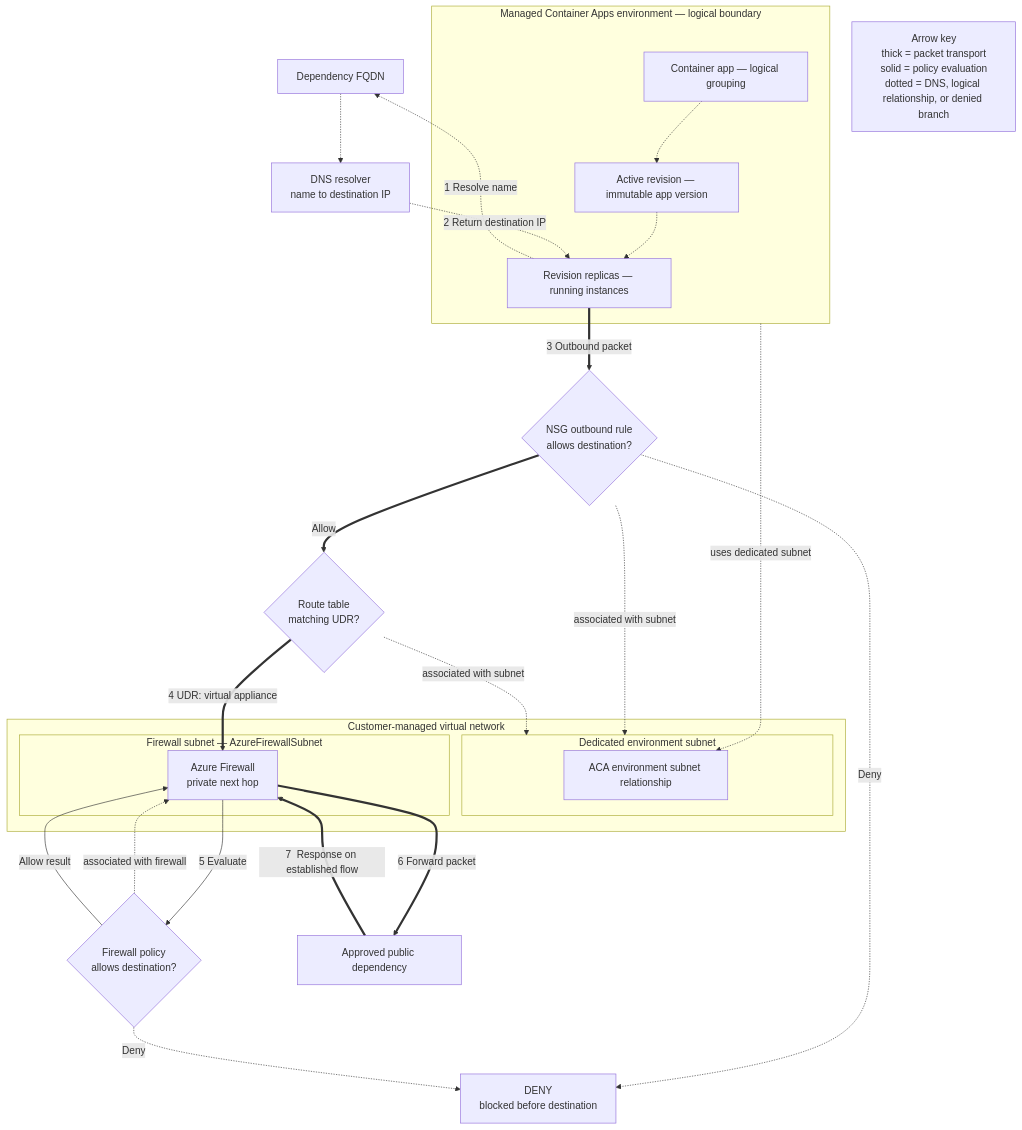
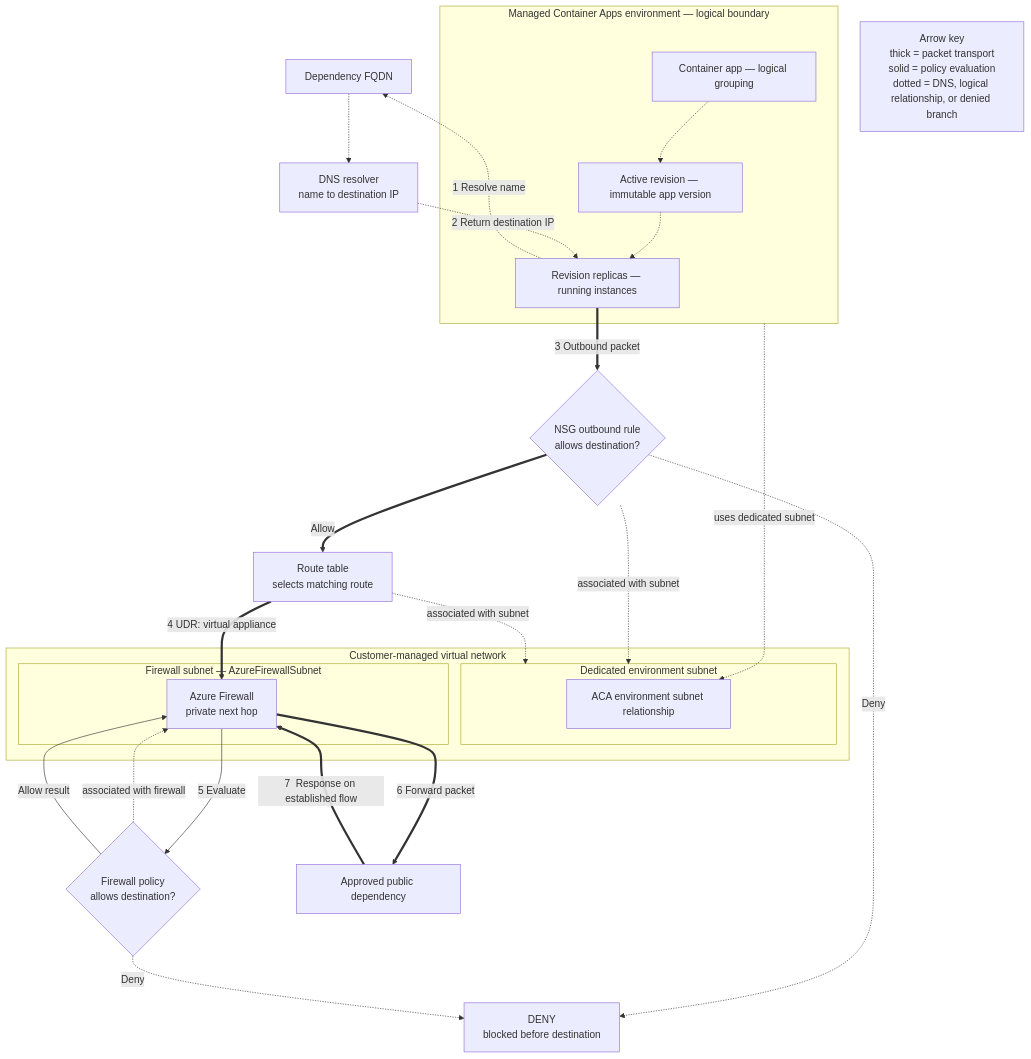
The first of 3 diagrams in docs/platform/networking/egress-control.md (yeongseon/azure-container-apps-practical-guide), drawn with Mermaid before and after one commit. The commit also changed other lines of this file and 7 other files, not shown here.

First line of the commit message:
fix(diagrams): correct request paths and record review of platform and troubleshooting diagrams (#638)

````diff
--- a/docs/platform/networking/egress-control.md
+++ b/docs/platform/networking/egress-control.md
@@ -99,51 +99,51 @@
 ```mermaid
 flowchart TD
     accTitle: Container Apps outbound traffic through Azure Firewall
     accDescr: A logical Container Apps revision and replica use a dedicated environment subnet relationship. DNS resolution is separate from the packet path. The subnet NSG and route table evaluate outbound traffic before a default user-defined route selects Azure Firewall, whose policy allows or denies transport to a public dependency.
 
     DNS_NAME["Dependency FQDN"]
     DNS["DNS resolver<br/>name to destination IP"]
 
     subgraph ENV["Managed Container Apps environment — logical boundary"]
         APP["Container app — logical grouping"]
         REV_ACTIVE["Active revision — immutable app version"]
         REPLICAS["Revision replicas — running instances"]
         APP -.-> REV_ACTIVE
         REV_ACTIVE -.-> REPLICAS
     end
 
     subgraph VNET["Customer-managed virtual network"]
         subgraph ENV_SUBNET["Dedicated environment subnet"]
             SUBNET_LINK["ACA environment subnet relationship"]
         end
 
         subgraph FW_SUBNET["Firewall subnet — AzureFirewallSubnet"]
             FW["Azure Firewall<br/>private next hop"]
         end
     end
 
     NSG{"NSG outbound rule<br/>allows destination?"}
-    ROUTE{"Route table<br/>matching UDR?"}
+    ROUTE["Route table<br/>selects matching route"]
     POLICY{"Firewall policy<br/>allows destination?"}
     DEST["Approved public dependency"]
     DENY["DENY<br/>blocked before destination"]
 
     ENV -.->|"uses dedicated subnet"| SUBNET_LINK
     NSG -.->|"associated with subnet"| ENV_SUBNET
     ROUTE -.->|"associated with subnet"| ENV_SUBNET
     POLICY -.->|"associated with firewall"| FW
     REPLICAS -.->|"1  Resolve name"| DNS_NAME
     DNS_NAME -.-> DNS
     DNS -.->|"2  Return destination IP"| REPLICAS
     REPLICAS ==>|"3  Outbound packet"| NSG
     NSG ==>|"Allow"| ROUTE
     NSG -.->|"Deny"| DENY
     ROUTE ==>|"4  UDR: virtual appliance"| FW
     FW -->|"5  Evaluate"| POLICY
     POLICY -->|"Allow result"| FW
     POLICY -.->|"Deny"| DENY
     FW ==>|"6  Forward packet"| DEST
     DEST ==>|"7  Response on established flow"| FW
 
     LEGEND["Arrow key<br/>thick = packet transport<br/>solid = policy evaluation<br/>dotted = DNS, logical relationship, or denied branch"]
 ```
````
